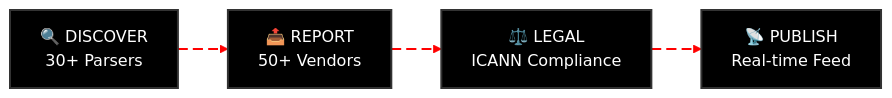
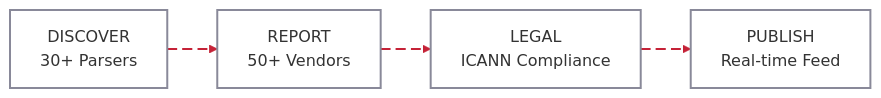
The third of 3 diagrams in README.md (phishdestroy/destroylist), drawn with Mermaid before and after one commit. The commit also changed other lines of this file and 44 other files, not shown here.

````diff
--- a/README.md
+++ b/README.md
@@ -391,14 +434,14 @@
 ```mermaid
-%%{init: {"theme":"base", "themeVariables": { "background": "transparent", "mainBkg": "#000000", "primaryColor": "#000000", "primaryTextColor": "#FFFFFF", "primaryBorderColor": "#FF0000", "lineColor": "#FF0000", "secondaryColor": "#111111", "tertiaryColor": "#111111", "fontFamily": "Inter, system-ui, sans-serif"}, "flowchart": {"curve": "basis", "htmlLabels": true}}}%%
+%%{init: {"themeVariables":{"background":"transparent","primaryBorderColor":"#c52237","lineColor":"#c52237","clusterBkg":"transparent","clusterBorder":"#898999","edgeLabelBackground":"transparent","fontFamily":"system-ui, sans-serif"},"flowchart":{"curve":"basis","htmlLabels":true}}}%%
 flowchart LR
-  Discover["🔍 DISCOVER<br/>30+ Parsers"] e1@--> Report["📤 REPORT<br/>50+ Vendors"]
-  Report e2@--> Legal["⚖️ LEGAL<br/>ICANN Compliance"]
-  Legal e3@--> Publish["📡 PUBLISH<br/>Real-time Feed"]
+  Discover["DISCOVER<br/>30+ Parsers"] e1@--> Report["REPORT<br/>50+ Vendors"]
+  Report e2@--> Legal["LEGAL<br/>ICANN Compliance"]
+  Legal e3@--> Publish["PUBLISH<br/>Real-time Feed"]
 
-  classDef box fill:#000000,stroke:#333333,stroke-width:2px,color:#FFFFFF;
-  classDef animate stroke:#FF0000,stroke-width:2px,stroke-dasharray:10 5,stroke-dashoffset:900,animation:dash 22s linear infinite;
+  classDef box fill:transparent,stroke:#898999,stroke-width:2px;
+  classDef animate stroke:#c52237,stroke-width:2px,stroke-dasharray:10 5,stroke-dashoffset:900,animation:dash 22s linear infinite;
 
   class Discover,Report,Legal,Publish box;
   
   class e1,e2,e3 animate;
 ```
````
